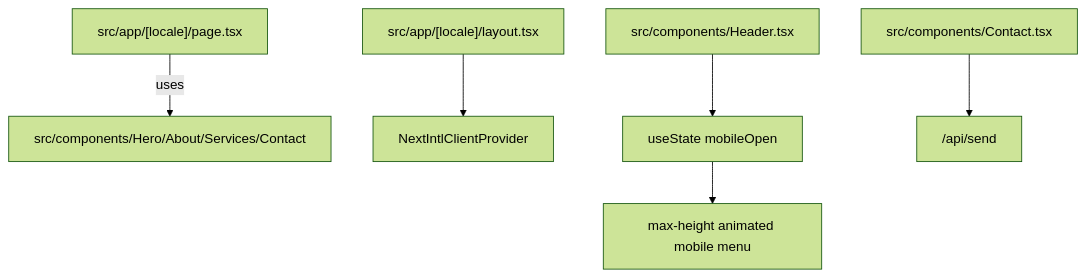
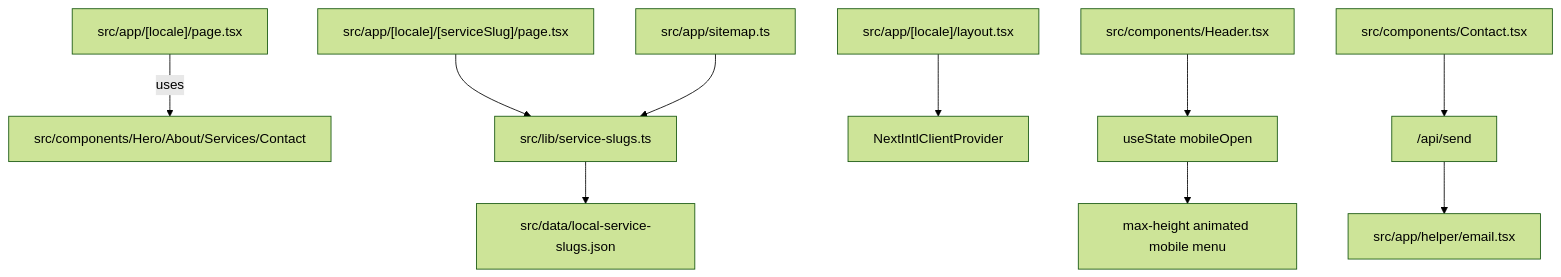
Before and after one commit to ipavic933-spec/website-pavic: the diagram in lode/practices.md, drawn with Mermaid (forest theme). The commit also changed other lines of this file and 7 other files, not shown here.

````diff
--- a/lode/practices.md
+++ b/lode/practices.md
@@ -11,8 +13,12 @@
 ```mermaid
 flowchart TD
   HomePage["src/app/[locale]/page.tsx"] -->|uses| Sections["src/components/Hero/About/Services/Contact"]
+  ServicePage["src/app/[locale]/[serviceSlug]/page.tsx"] --> ServiceSlugLib["src/lib/service-slugs.ts"]
+  ServiceSlugLib --> LocalSlugConfig["src/data/local-service-slugs.json"]
   LocaleLayout["src/app/[locale]/layout.tsx"] --> IntlProvider["NextIntlClientProvider"]
   Header["src/components/Header.tsx"] --> Toggle["useState mobileOpen"]
   Toggle --> OverlayNav["max-height animated mobile menu"]
   Contact["src/components/Contact.tsx"] --> SendApi["/api/send"]
+  SendApi --> EmailHelper["src/app/helper/email.tsx"]
+  Sitemap["src/app/sitemap.ts"] --> ServiceSlugLib
 ```
````
